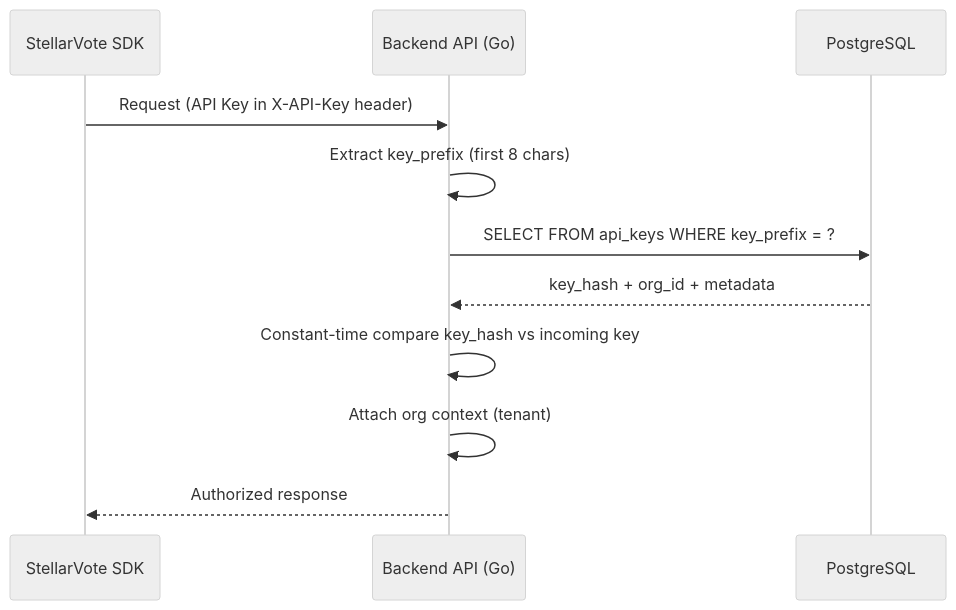
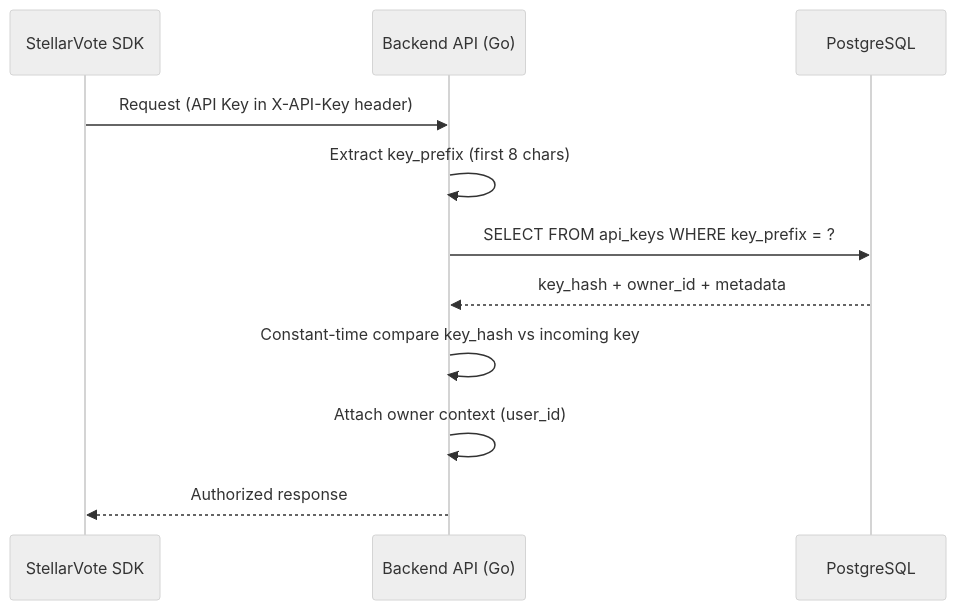
One commit to absolutelyStellar/StellarVote changed the diagram in docs/authentication-flow.md. Above: the diagram before and after it, drawn with Mermaid (neutral theme). The commit also changed other lines of this file and 5 other files, not shown here.

````diff
--- a/docs/authentication-flow.md
+++ b/docs/authentication-flow.md
@@ -49,14 +51,14 @@
 ```mermaid id="api_flow_1"
 sequenceDiagram
     participant SDK as StellarVote SDK
     participant API as Backend API (Go)
     participant DB as PostgreSQL
 
     SDK->>API: Request (API Key in X-API-Key header)
     API->>API: Extract key_prefix (first 8 chars)
     API->>DB: SELECT FROM api_keys WHERE key_prefix = ?
-    DB-->>API: key_hash + org_id + metadata
+    DB-->>API: key_hash + owner_id + metadata
     API->>API: Constant-time compare key_hash vs incoming key
-    API->>API: Attach org context (tenant)
+    API->>API: Attach owner context (user_id)
     API-->>SDK: Authorized response
 ```
````
